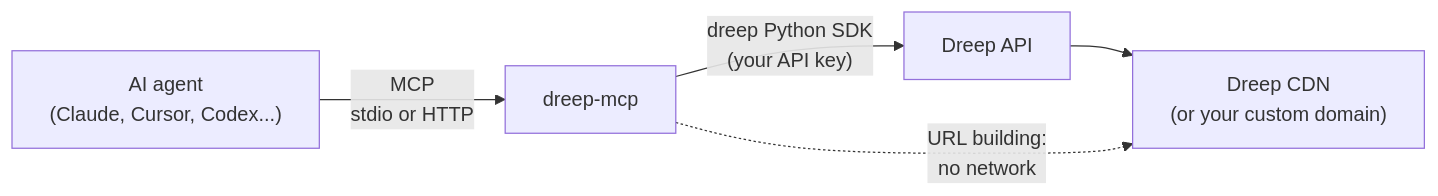
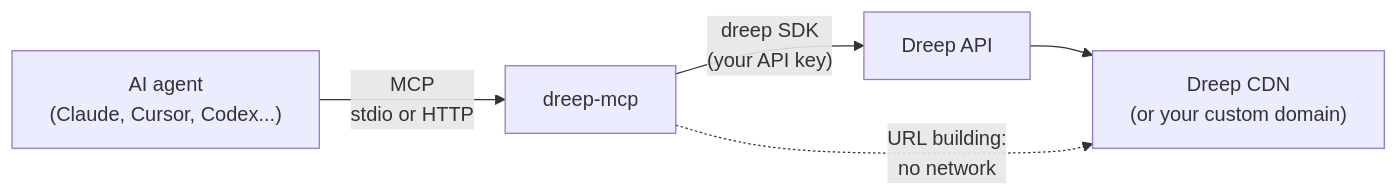
Before and after one commit to IndigoSoftwares21/dreep-mcp: the diagram in README.md, drawn with Mermaid. The commit also changed other lines of this file and 47 other files, not shown here.

````diff
--- a/README.md
+++ b/README.md
@@ -52,7 +52,7 @@
 ```mermaid
 flowchart LR
     A["AI agent<br/>(Claude, Cursor, Codex...)"] -- "MCP<br/>stdio or HTTP" --> S["dreep-mcp"]
-    S -- "dreep Python SDK<br/>(your API key)" --> API["Dreep API"]
+    S -- "dreep SDK<br/>(your API key)" --> API["Dreep API"]
     API --> CDN["Dreep CDN<br/>(or your custom domain)"]
     S -. "URL building:<br/>no network" .-> CDN
 ```
````
